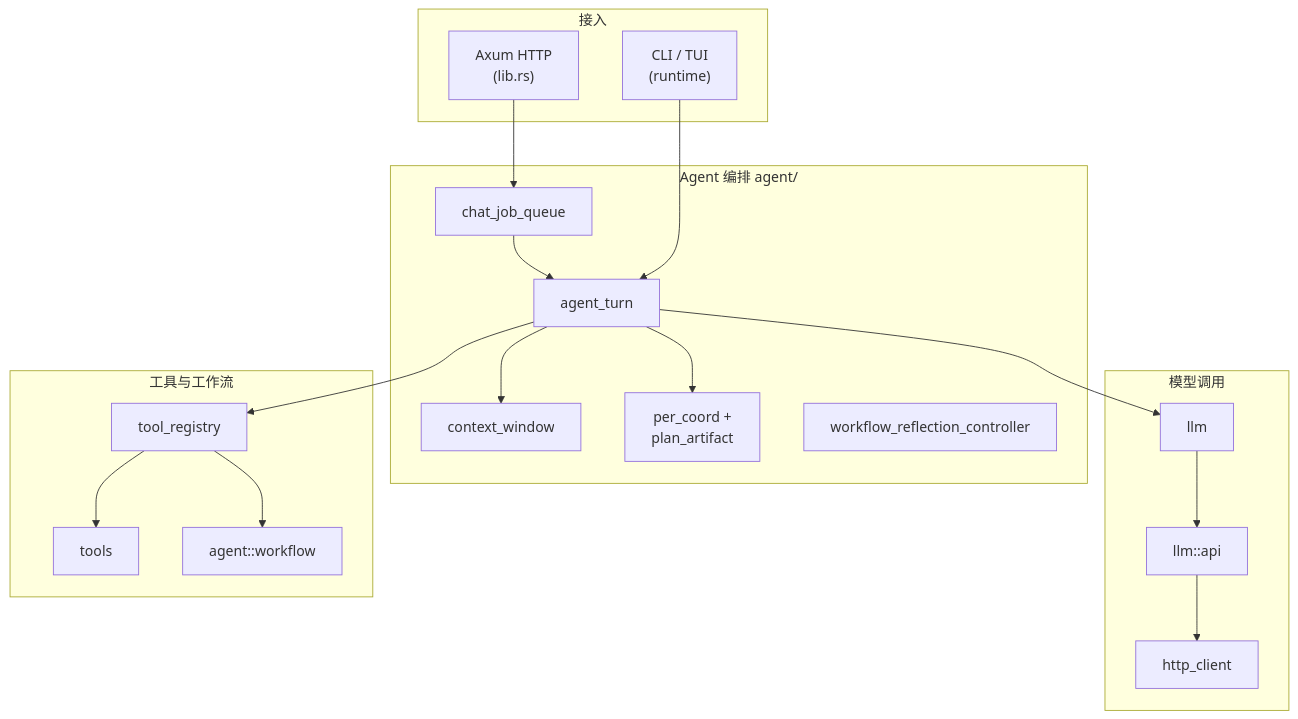
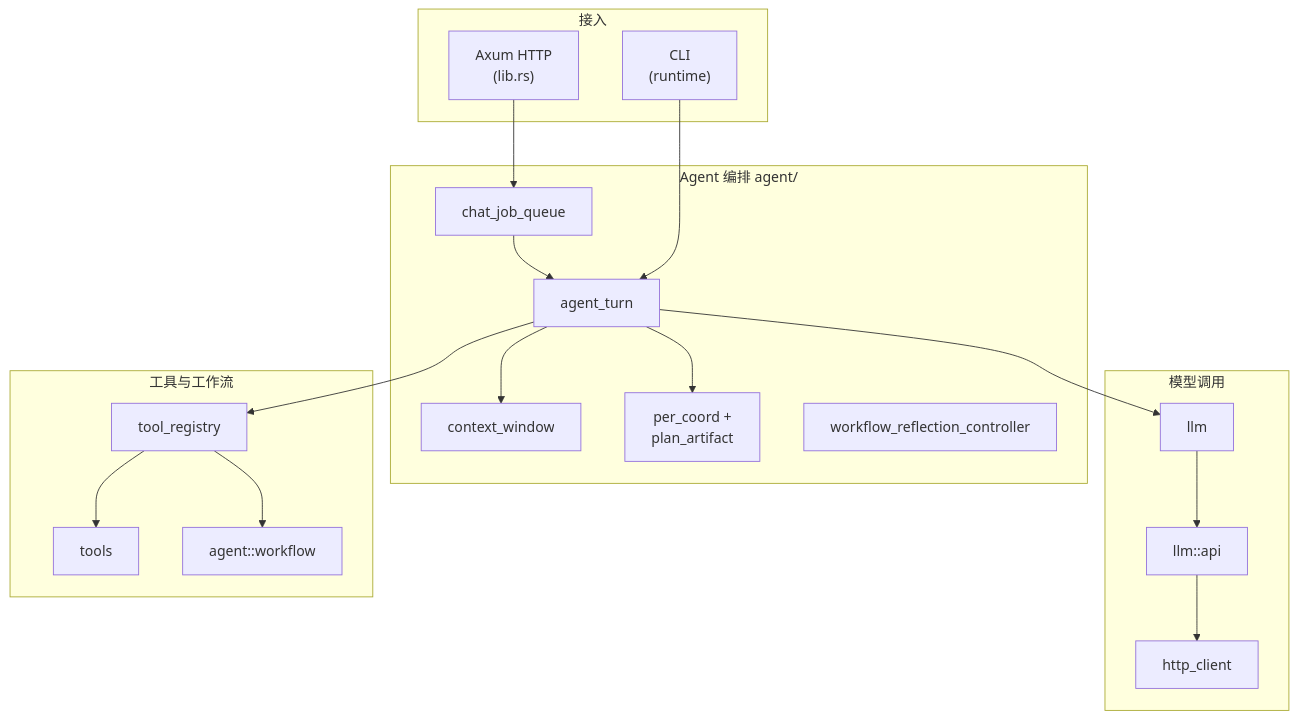
Before and after one commit to noisystreet/CrabMate: the first of 2 diagrams in docs/DEVELOPMENT.md, drawn with Mermaid. The commit also changed other lines of this file and 50 other files, not shown here.

First line of the commit message:
refactor(runtime): 移除全屏 TUI 与相关依赖 / remove fullscreen TUI and related deps

````diff
--- a/docs/DEVELOPMENT.md
+++ b/docs/DEVELOPMENT.md
@@ -34,35 +34,35 @@
 ```mermaid
 flowchart TB
   subgraph entry [接入]
     WEB["Axum HTTP\n(lib.rs)"]
-    CLI["CLI / TUI\n(runtime)"]
+    CLI["CLI\n(runtime)"]
   end
   subgraph agent [Agent 编排 agent/]
     Q[chat_job_queue]
     AT[agent_turn]
     CW[context_window]
     PC["per_coord +\nplan_artifact"]
     WRC[workflow_reflection_controller]
   end
   subgraph model [模型调用]
     HC[http_client]
     LLM[llm]
     API[llm::api]
   end
   subgraph exec [工具与工作流]
     TR[tool_registry]
     TS[tools]
     WF[agent::workflow]
   end
   WEB --> Q
   Q --> AT
   CLI --> AT
   AT --> CW
   AT --> PC
   AT --> LLM
   LLM --> API
   API --> HC
   AT --> TR
   TR --> TS
   TR --> WF
 ```
````
